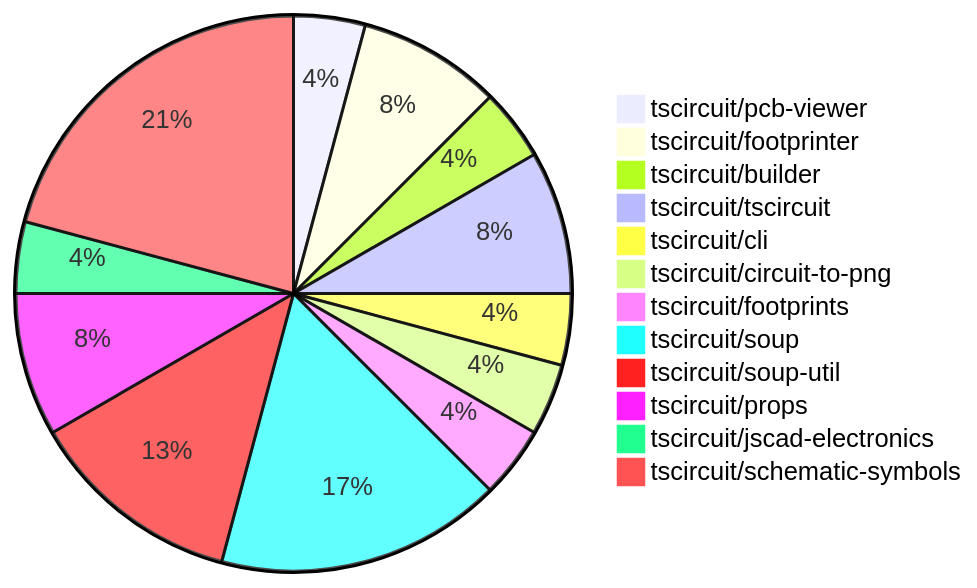
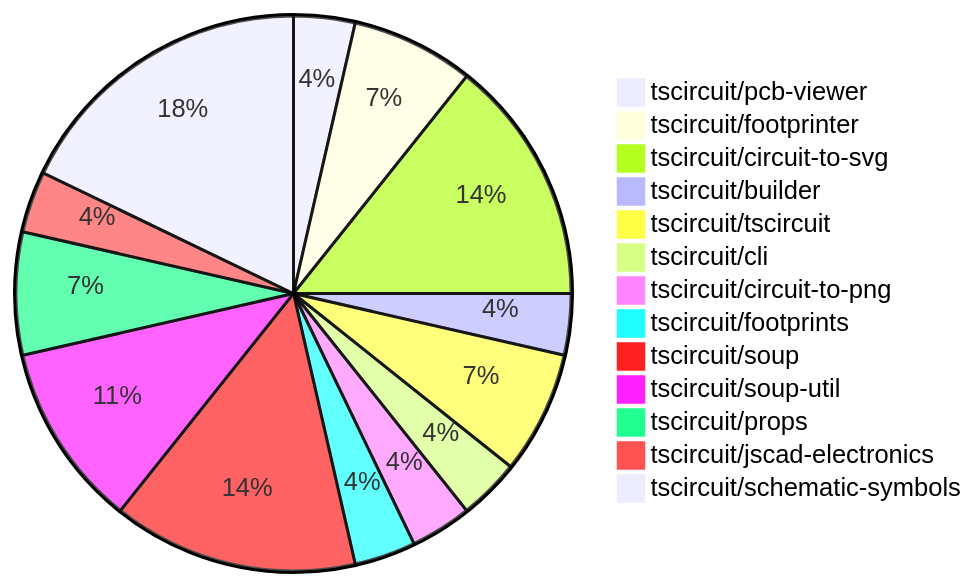
Before and after one commit to tscircuit/contribution-tracker: the diagram in README.md, drawn with Mermaid. The commit also changed other lines of this file and 1 other file, not shown here.

````diff
--- a/README.md
+++ b/README.md
@@ -24,15 +24,16 @@
 ```mermaid
 pie
     "tscircuit/pcb-viewer" : 1
     "tscircuit/footprinter" : 2
+    "tscircuit/circuit-to-svg" : 4
     "tscircuit/builder" : 1
     "tscircuit/tscircuit" : 2
     "tscircuit/cli" : 1
     "tscircuit/circuit-to-png" : 1
     "tscircuit/footprints" : 1
     "tscircuit/soup" : 4
     "tscircuit/soup-util" : 3
     "tscircuit/props" : 2
     "tscircuit/jscad-electronics" : 1
     "tscircuit/schematic-symbols" : 5
 ```
````
